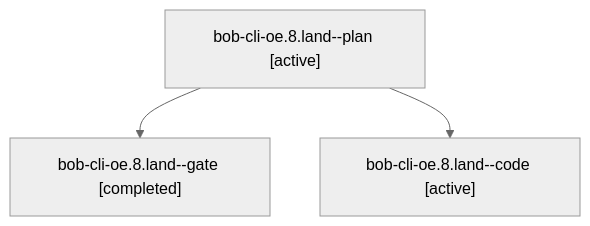
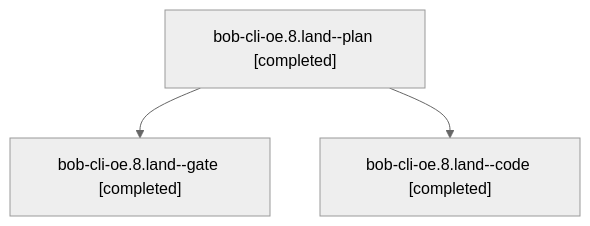
Before and after one commit to bobs-org/bob-cli--agents: the diagram in sessions/bbugyi200.apollo.bob-cli-oe.8.land.md, drawn with Mermaid (neutral theme). The commit also changed other lines of this file and 43 other files, not shown here.

````diff
--- a/sessions/bbugyi200.apollo.bob-cli-oe.8.land.md
+++ b/sessions/bbugyi200.apollo.bob-cli-oe.8.land.md
@@ -9,8 +9,8 @@
 ```mermaid
 flowchart TD
-  n0["bob-cli-oe.8.land--plan [active]"]
+  n0["bob-cli-oe.8.land--plan [completed]"]
   n1["bob-cli-oe.8.land--gate [completed]"]
   n0 --> n1
-  n2["bob-cli-oe.8.land--code [active]"]
+  n2["bob-cli-oe.8.land--code [completed]"]
   n0 --> n2
 ```
````
